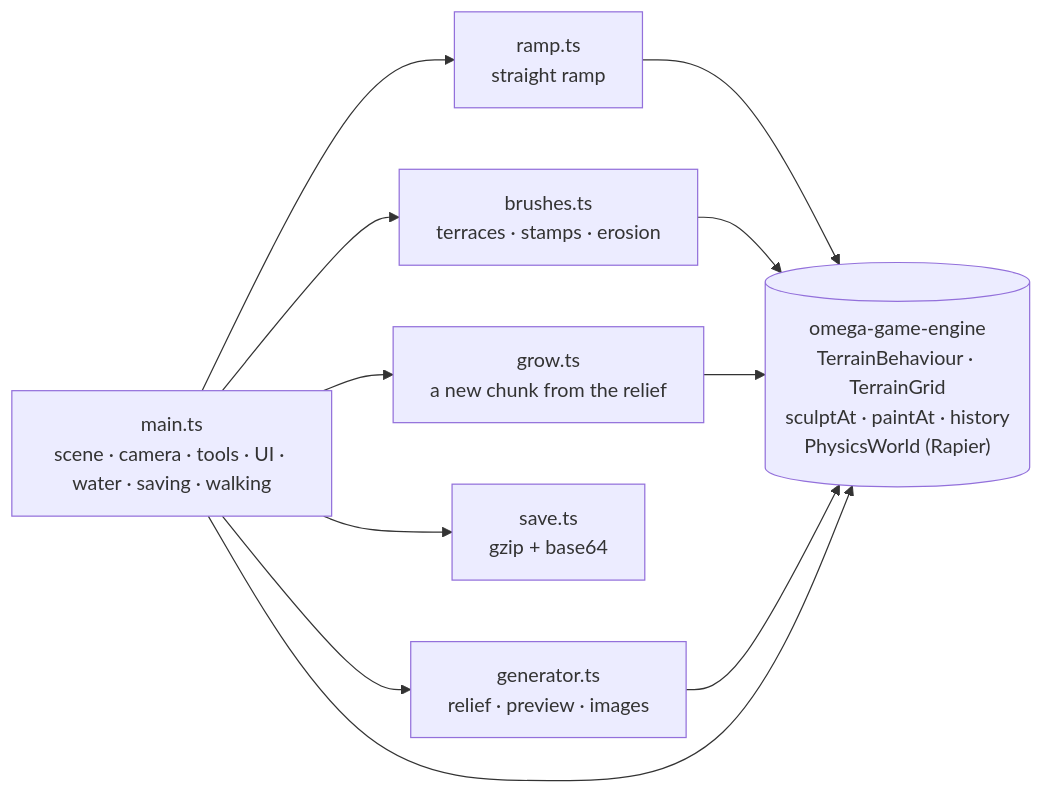
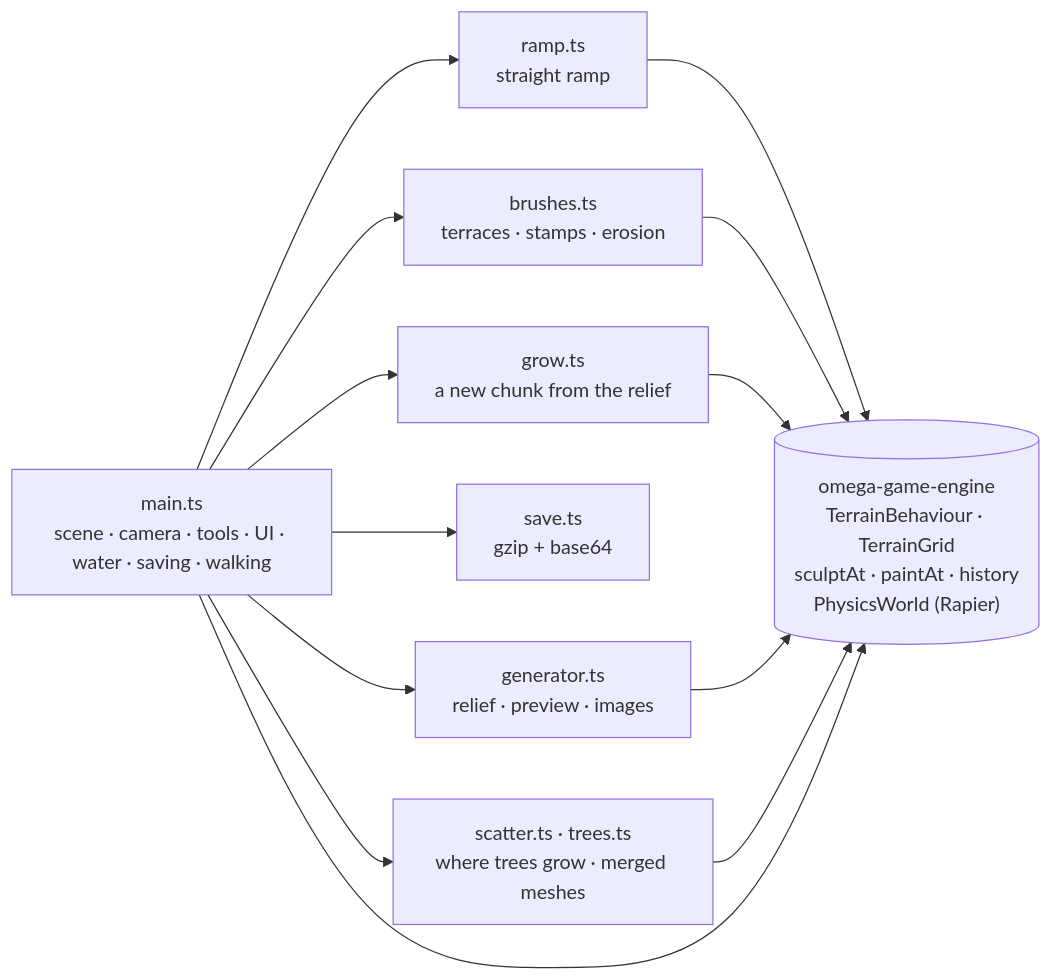
Before and after one commit to tugapse/omega-games: the diagram in src/terrain/README.md, drawn with Mermaid. The commit also changed other lines of this file and 11 other files, not shown here.

````diff
--- a/src/terrain/README.md
+++ b/src/terrain/README.md
@@ -105,13 +126,14 @@
 ```mermaid
 flowchart LR
   main["main.ts<br/>scene · camera · tools · UI · water · saving · walking"]
   ramp["ramp.ts<br/>straight ramp"]
   brushes["brushes.ts<br/>terraces · stamps · erosion"]
   grow["grow.ts<br/>a new chunk from the relief"]
   save["save.ts<br/>gzip + base64"]
   gen["generator.ts<br/>relief · preview · images"]
+  scatter["scatter.ts · trees.ts<br/>where trees grow · merged meshes"]
   engine[("omega-game-engine<br/>TerrainBehaviour · TerrainGrid<br/>sculptAt · paintAt · history<br/>PhysicsWorld (Rapier)")]
-  main --> ramp & brushes & grow & save & gen
-  ramp & brushes & grow & gen --> engine
+  main --> ramp & brushes & grow & save & gen & scatter
+  ramp & brushes & grow & gen & scatter --> engine
   main --> engine
 ```
````
